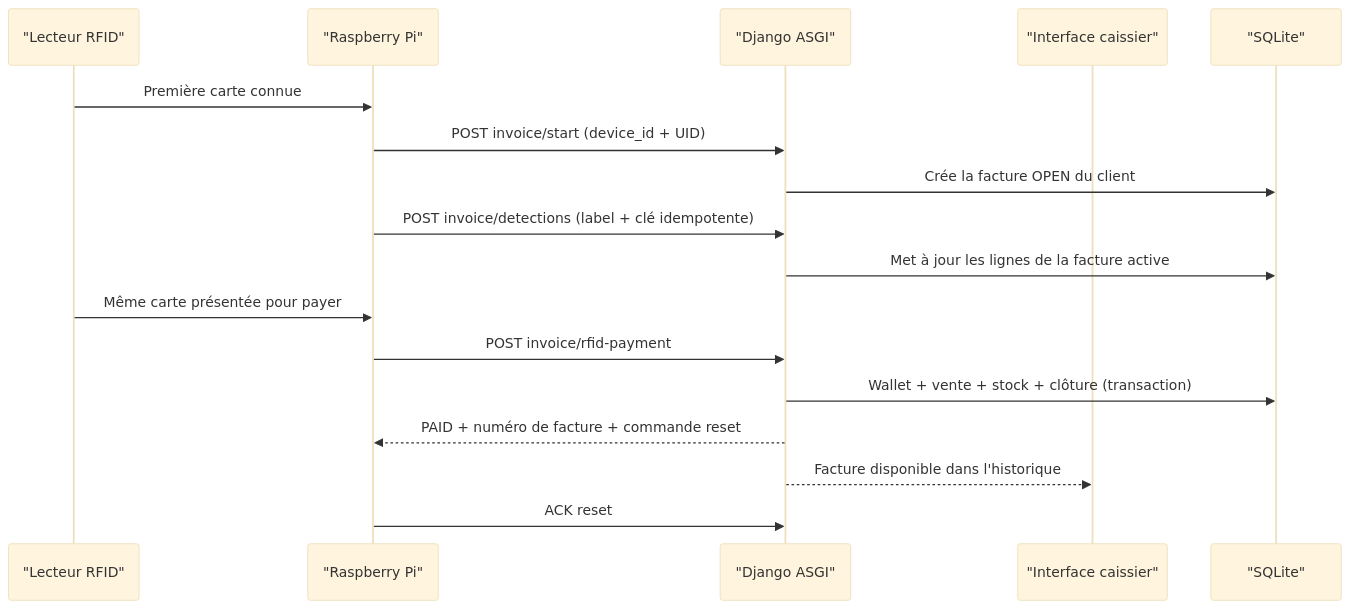
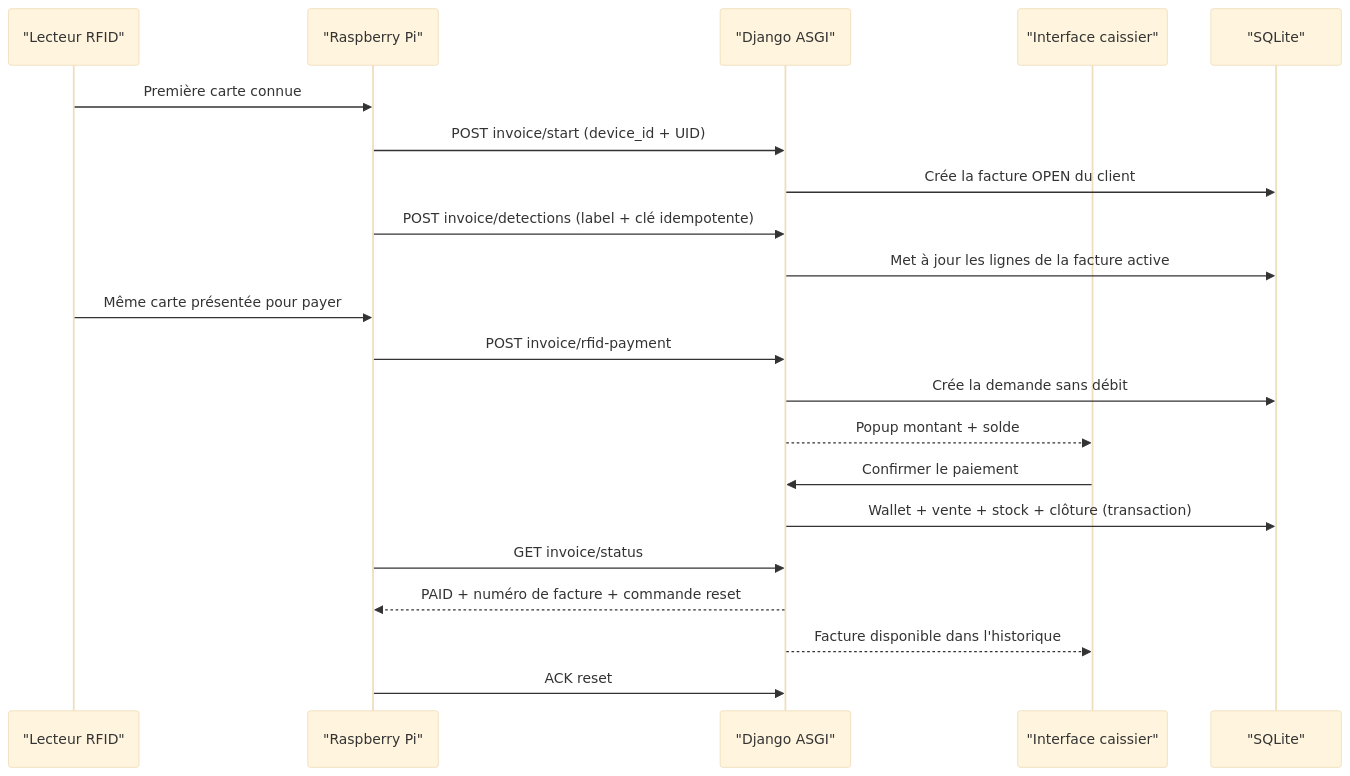
Before and after one commit to SteveMav/kitungaai-backend: the first of 2 diagrams in docs/ARCHITECTURE_KITUNGA.md, drawn with Mermaid (base theme). The commit also changed other lines of this file and 26 other files, not shown here.

Commit message:
Add managed RFID wallet payment flow

````diff
--- a/docs/ARCHITECTURE_KITUNGA.md
+++ b/docs/ARCHITECTURE_KITUNGA.md
@@ -74,20 +74,24 @@
 ```mermaid
 sequenceDiagram
     participant RFID as "Lecteur RFID"
     participant Pi as "Raspberry Pi"
     participant Django as "Django ASGI"
     participant UI as "Interface caissier"
     participant DB as "SQLite"
 
     RFID->>Pi: Première carte connue
     Pi->>Django: POST invoice/start (device_id + UID)
     Django->>DB: Crée la facture OPEN du client
     Pi->>Django: POST invoice/detections (label + clé idempotente)
     Django->>DB: Met à jour les lignes de la facture active
     RFID->>Pi: Même carte présentée pour payer
     Pi->>Django: POST invoice/rfid-payment
+    Django->>DB: Crée la demande sans débit
+    Django-->>UI: Popup montant + solde
+    UI->>Django: Confirmer le paiement
     Django->>DB: Wallet + vente + stock + clôture (transaction)
+    Pi->>Django: GET invoice/status
     Django-->>Pi: PAID + numéro de facture + commande reset
     Django-->>UI: Facture disponible dans l'historique
     Pi->>Django: ACK reset
 ```
````
